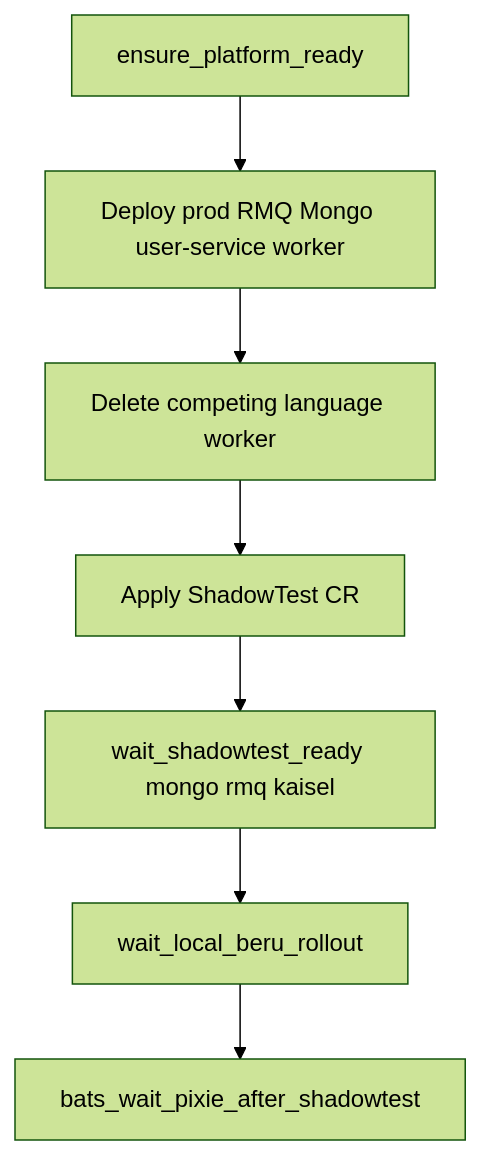
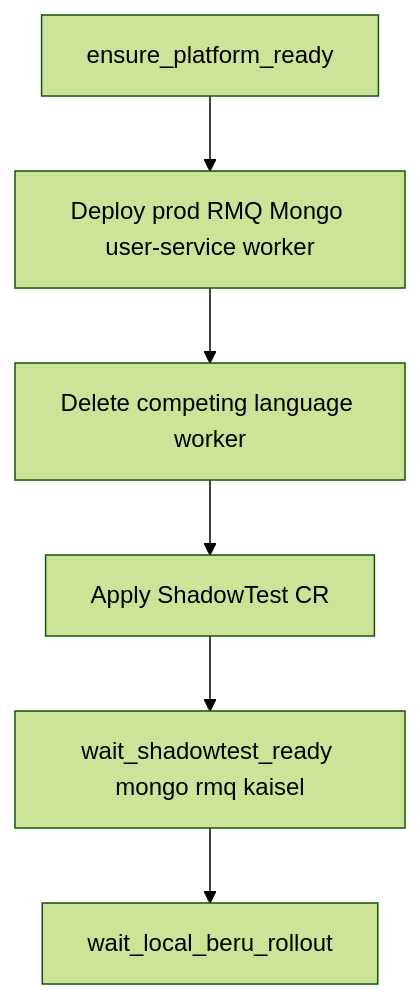
The first of 2 diagrams in docs/verification/hybrid-rmq-e2e-flow.md (nederrgo/shadow-diff), drawn with Mermaid (forest theme) before and after one commit. The commit also changed other lines of this file and 135 other files, not shown here.

````diff
--- a/docs/verification/hybrid-rmq-e2e-flow.md
+++ b/docs/verification/hybrid-rmq-e2e-flow.md
@@ -43,9 +42,8 @@
 ```mermaid
 flowchart TD
   plat[ensure_platform_ready] --> prod[Deploy prod RMQ Mongo user-service worker]
   prod --> onlyOne[Delete competing language worker]
   onlyOne --> st[Apply ShadowTest CR]
   st --> wait[wait_shadowtest_ready mongo rmq kaisel]
   wait --> beru[wait_local_beru_rollout]
-  beru --> pixie[bats_wait_pixie_after_shadowtest]
 ```
````
